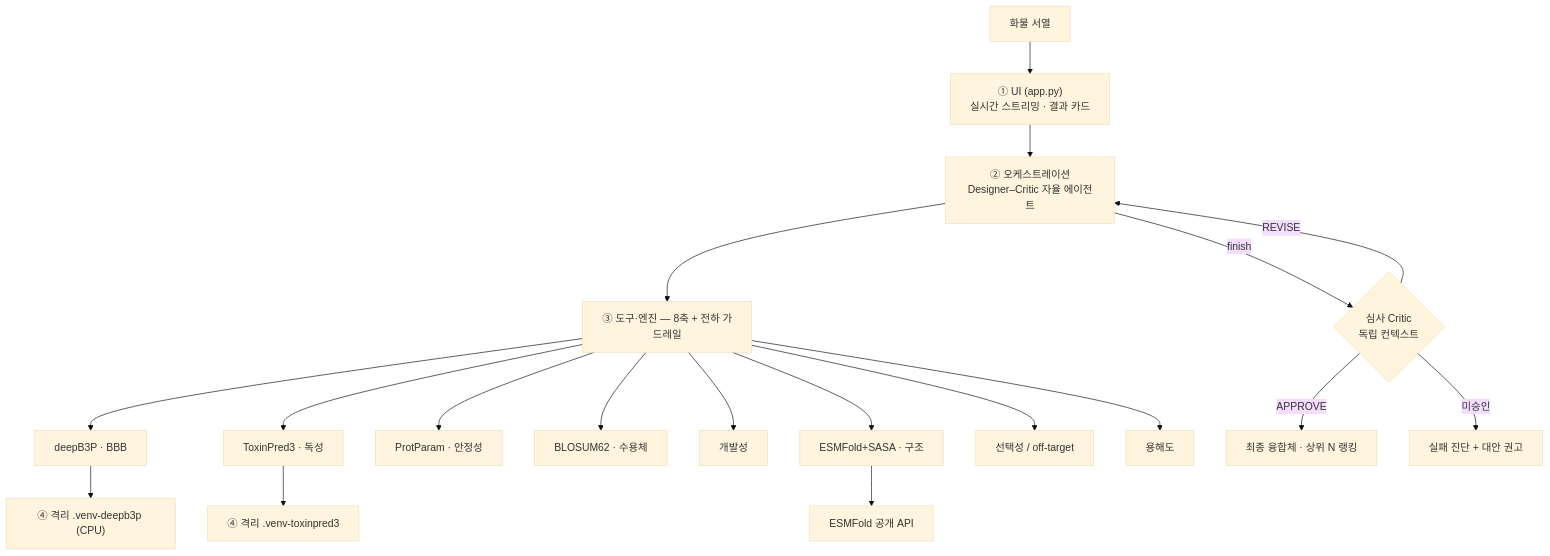
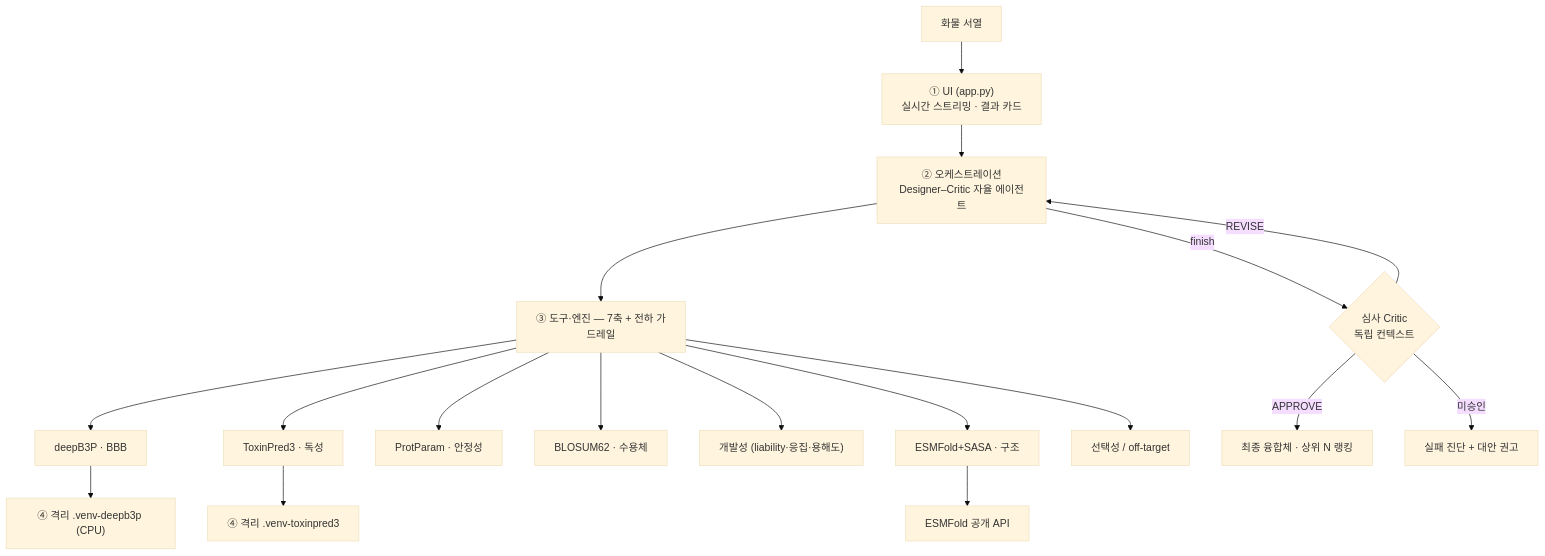
Before and after one commit to yunseul6028/BBB-Optimizer: the first of 2 diagrams in README.md, drawn with Mermaid (base theme). The commit also changed other lines of this file and 7 other files, not shown here.

First line of the commit message:
refactor(developability): 용해도 축을 개발성 축에 통합 (8축→7축)

````diff
--- a/README.md
+++ b/README.md
@@ -95,15 +95,15 @@
 ```mermaid
 flowchart TB
   U["화물 서열"] --> UI["① UI (app.py)<br/>실시간 스트리밍 · 결과 카드"]
   UI --> ORCH["② 오케스트레이션<br/>Designer–Critic 자율 에이전트"]
-  ORCH --> TOOLS["③ 도구·엔진 — 8축 + 전하 가드레일"]
+  ORCH --> TOOLS["③ 도구·엔진 — 7축 + 전하 가드레일"]
   TOOLS --> E1["deepB3P · BBB"] & E2["ToxinPred3 · 독성"] & E3["ProtParam · 안정성"] & E4["BLOSUM62 · 수용체"]
-  TOOLS --> E5["개발성"] & E6["ESMFold+SASA · 구조"] & E7["선택성 / off-target"] & E8["용해도"]
+  TOOLS --> E5["개발성 (liability·응집·용해도)"] & E6["ESMFold+SASA · 구조"] & E7["선택성 / off-target"]
   E1 --> DV["④ 격리 .venv-deepb3p (CPU)"]
   E2 --> TV["④ 격리 .venv-toxinpred3"]
   E6 --> API["ESMFold 공개 API"]
   ORCH -->|finish| CR{"심사 Critic<br/>독립 컨텍스트"}
   CR -->|APPROVE| OUT["최종 융합체 · 상위 N 랭킹"]
   CR -->|REVISE| ORCH
   CR -->|미승인| REC["실패 진단 + 대안 권고"]
 ```
````
